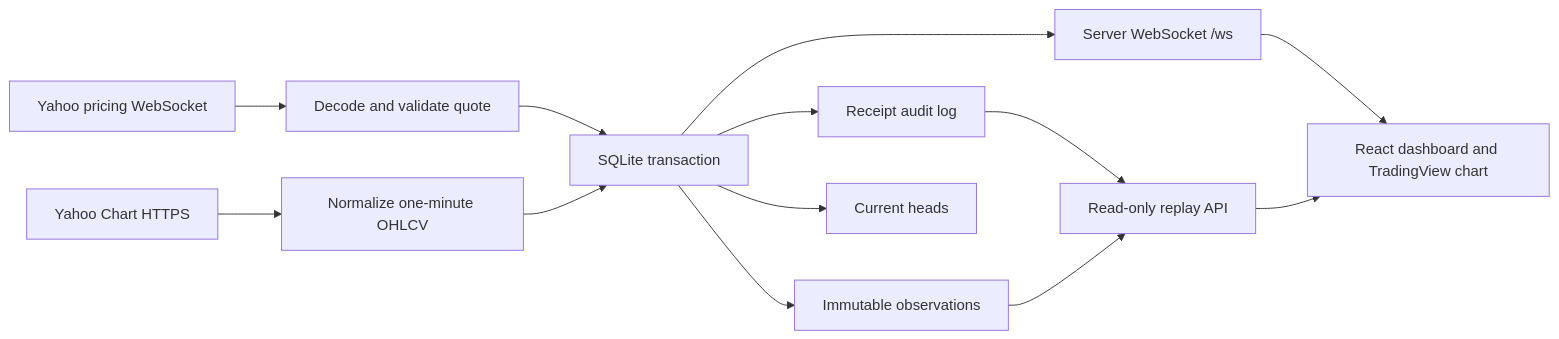
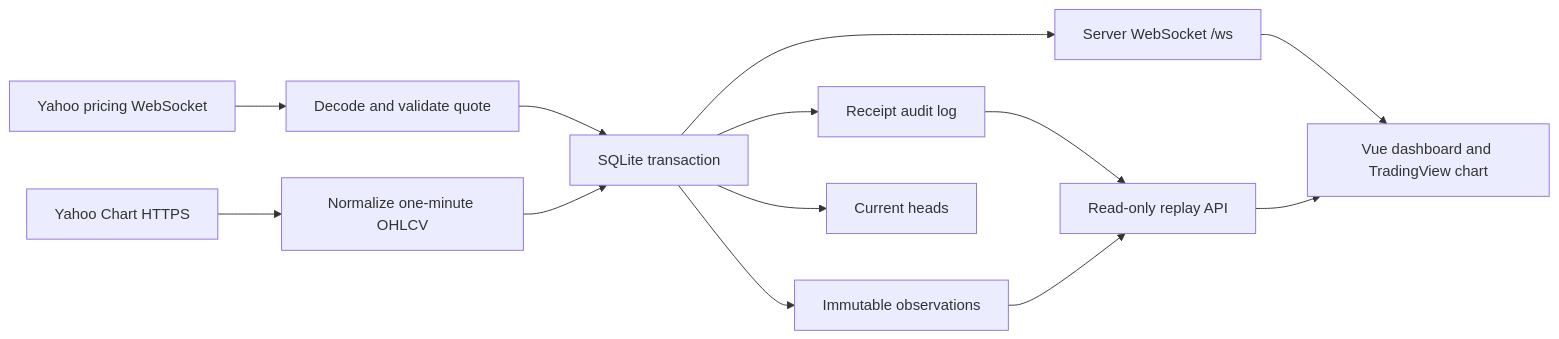
The diagram in docs/design.md (abn54/Live-Marketstation-), drawn with Mermaid before and after one commit. The commit also changed other lines of this file and 69 other files, not shown here.

````diff
--- a/docs/design.md
+++ b/docs/design.md
@@ -5,15 +5,15 @@
 ```mermaid
 flowchart LR
   WS[Yahoo pricing WebSocket] --> N[Decode and validate quote]
   HTTP[Yahoo Chart HTTPS] --> C[Normalize one-minute OHLCV]
   N --> T[SQLite transaction]
   C --> T
   T --> O[Immutable observations]
   T --> R[Receipt audit log]
   T --> H[Current heads]
   T --> B[Server WebSocket /ws]
-  B --> UI[React dashboard and TradingView chart]
+  B --> UI[Vue dashboard and TradingView chart]
   R --> API[Read-only replay API]
   O --> API
   API --> UI
 ```
````
